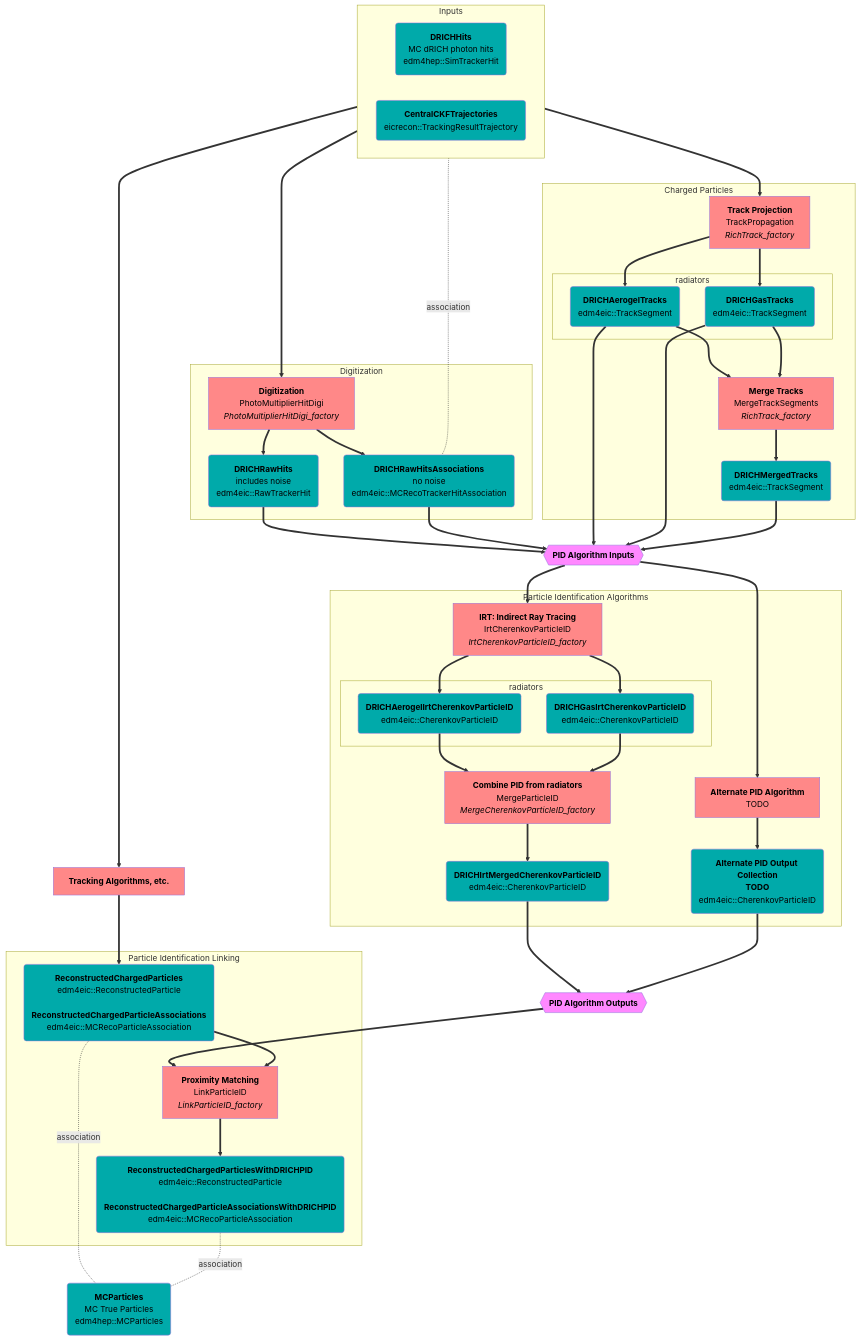
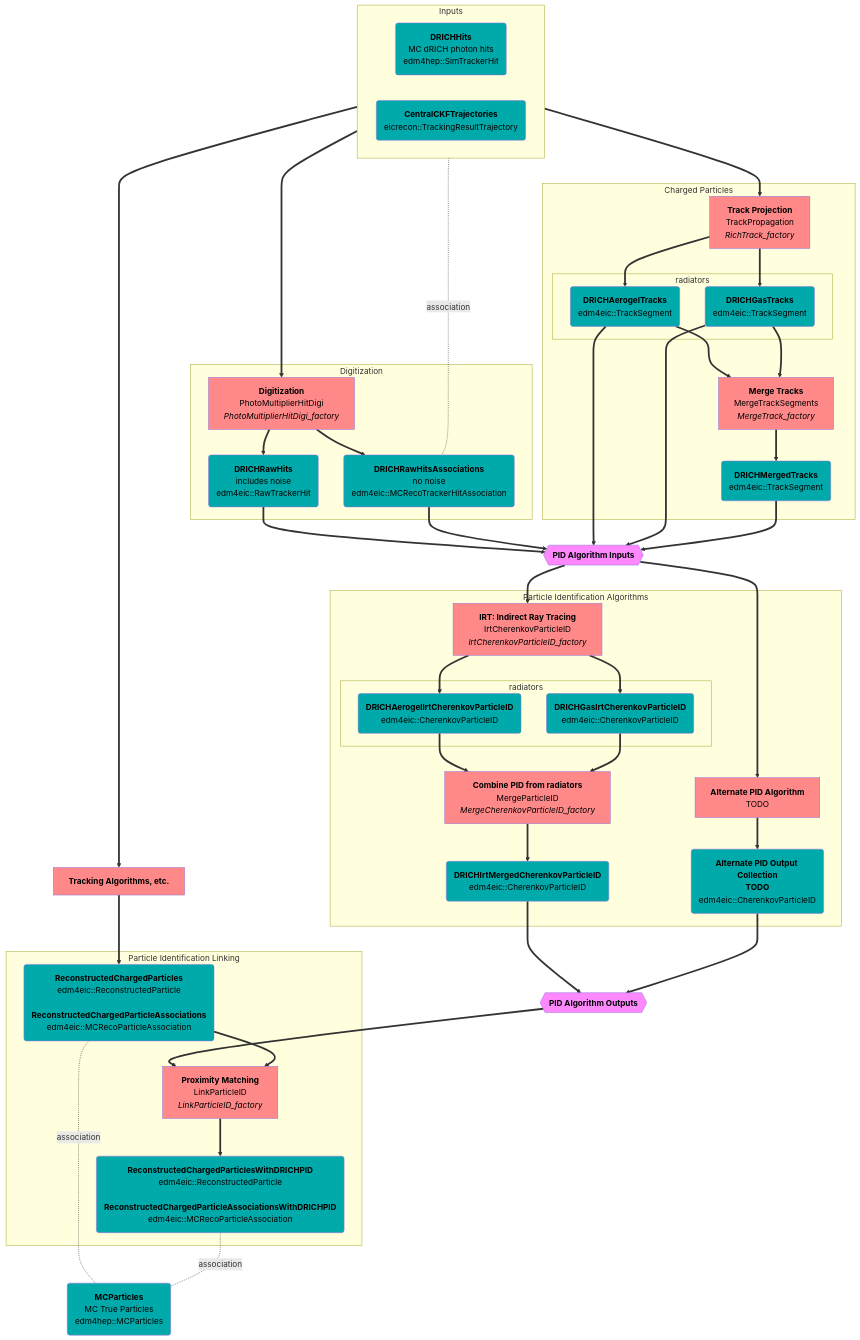
Before and after one commit to eic/EICrecon: the second of 5 diagrams in src/detectors/DRICH/README.md, drawn with Mermaid. The commit also changed 6 other files, not shown here.

Commit message:
feat: `MergeTracks` algorithm

```diff
--- a/src/detectors/DRICH/README.md
+++ b/src/detectors/DRICH/README.md
@@ -42,7 +42,7 @@
       AerogelTracks(<strong>DRICHAerogelTracks</strong><br/>edm4eic::TrackSegment):::col
       GasTracks(<strong>DRICHGasTracks</strong><br/>edm4eic::TrackSegment):::col
     end
-    MergeTracksAlg[<strong>Merge Tracks</strong><br/>MergeTrackSegments<br/><i>RichTrack_factory</i>]:::alg
+    MergeTracksAlg[<strong>Merge Tracks</strong><br/>MergeTrackSegments<br/><i>MergeTrack_factory</i>]:::alg
     MergedTracks(<strong>DRICHMergedTracks</strong><br/>edm4eic::TrackSegment):::col
 
     %% MirrorTracks(<strong>DRICHMirrorTracks - TODO</strong><br/>edm4eic::TrackSegment):::col
```
